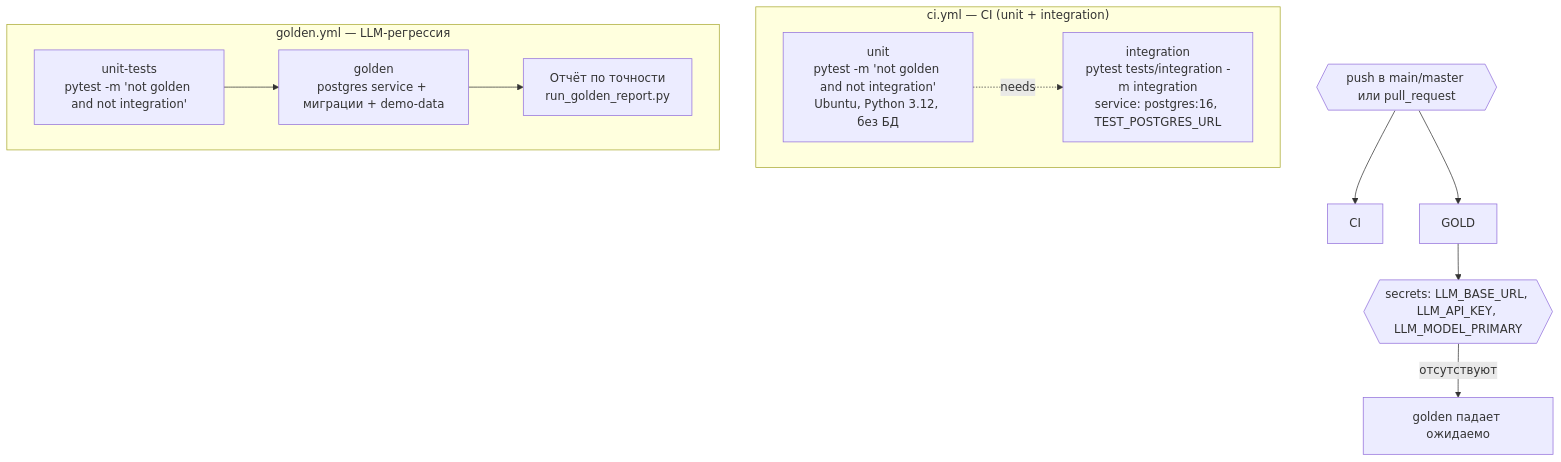
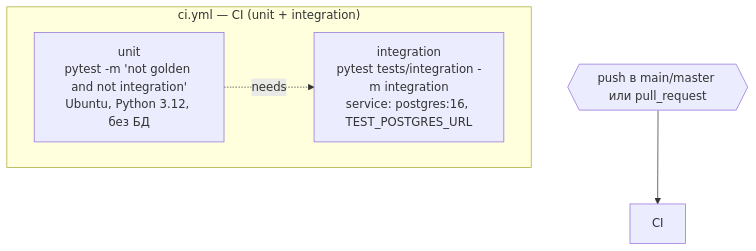
The first of 2 diagrams in diagrams/ci_cd.md (kostIT13/EVRAZ_ExcelAgent), drawn with Mermaid before and after one commit. The commit also changed other lines of this file and 6 other files, not shown here.

````diff
--- a/diagrams/ci_cd.md
+++ b/diagrams/ci_cd.md
@@ -6,25 +6,11 @@
 ```mermaid
 flowchart TD
     TRIGGER{{"push в main/master или pull_request"}} --> CI
 
     subgraph CIJOB ["ci.yml — CI (unit + integration)"]
         U["unit<br/>pytest -m 'not golden and not integration'<br/>Ubuntu, Python 3.12, без БД"]
         I["integration<br/>pytest tests/integration -m integration<br/>service: postgres:16, TEST_POSTGRES_URL"]
     end
 
-    TRIGGER --> GOLD
-
     U -. "needs" .-> I
-
-    subgraph GOLDJOB ["golden.yml — LLM-регрессия"]
-        U2["unit-tests<br/>pytest -m 'not golden and not integration'"]
-        G["golden<br/>postgres service + миграции + demo-data"]
-        G2["Отчёт по точности<br/>run_golden_report.py"]
-    end
-
-    GOLD --> SEC{{"secrets: LLM_BASE_URL, LLM_API_KEY, LLM_MODEL_PRIMARY"}}
-    SEC -- "отсутствуют" --> GFALL["golden падает ожидаемо"]
-
-    U2 --> G
-    G --> G2
 ```
````
